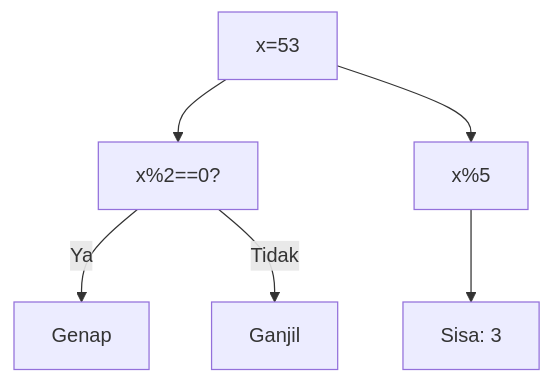
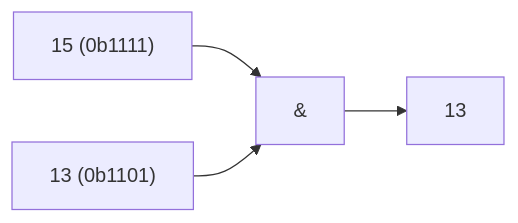
One commit to amnahwaida/OSNK_INF_PREP changed diagram 16 of 25 in part-c-pemahaman-cpp/06-bitwise/latihan/set-12.md. Above: the diagram before and after it, drawn with Mermaid. The commit also changed other lines of this file and 71 other files, not shown here.

````diff
--- a/part-c-pemahaman-cpp/06-bitwise/latihan/set-12.md
+++ b/part-c-pemahaman-cpp/06-bitwise/latihan/set-12.md
@@ -496,8 +418,6 @@
 ```mermaid
-graph TD
-A["x=53"] --> B["x%2==0?"]
-B -- Ya --> C["Genap"]
-B -- Tidak --> D["Ganjil"]
-A --> E["x%5"]
-E --> F["Sisa: 3"]
+graph LR
+A["15 (0b1111)"] --> C["&"]
+B["13 (0b1101)"] --> C
+C --> D["13"]
 ```
````
